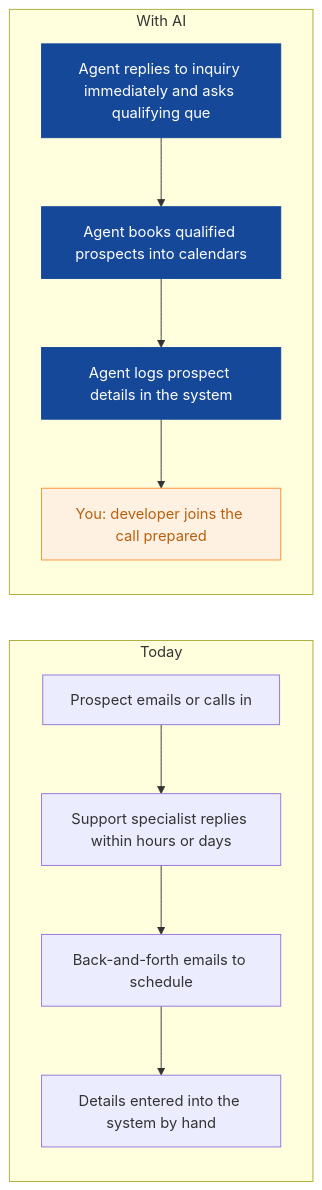
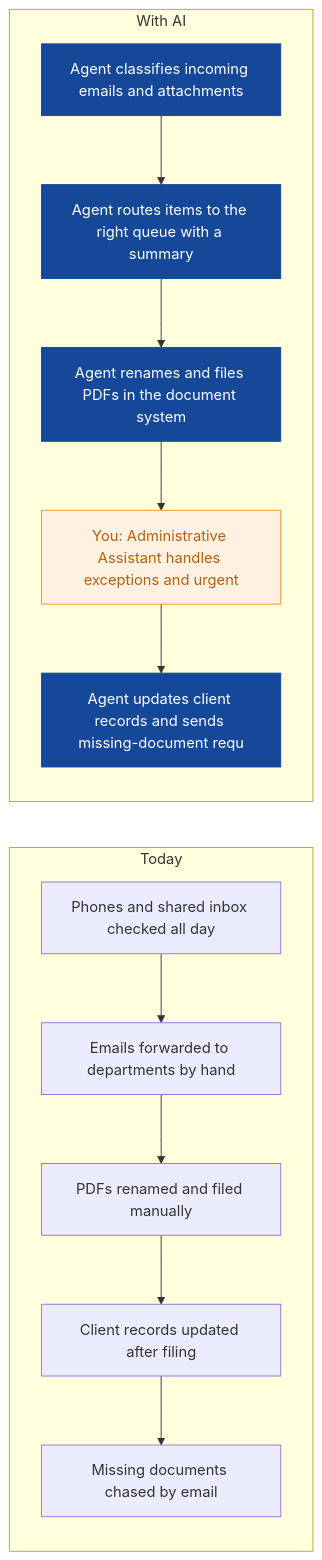
Before and after one commit to nexibeo/Complete-AI-Strategy: the seventh of 9 diagrams in strategies/clearpath-insurance-brokers.md, drawn with Mermaid. The commit also changed other lines of this file and 26 other files, not shown here.

````diff
--- a/strategies/clearpath-insurance-brokers.md
+++ b/strategies/clearpath-insurance-brokers.md
@@ -214,21 +227,23 @@
 ```mermaid
 flowchart LR
   subgraph Today
-    B0["Prospect emails or calls in"]
-    B1["Support specialist replies within hours or days"]
-    B2["Back-and-forth emails to schedule"]
-    B3["Details entered into the system by hand"]
-    B0 --> B1 --> B2 --> B3
+    B0["Phones and shared inbox checked all day"]
+    B1["Emails forwarded to departments by hand"]
+    B2["PDFs renamed and filed manually"]
+    B3["Client records updated after filing"]
+    B4["Missing documents chased by email"]
+    B0 --> B1 --> B2 --> B3 --> B4
   end
   subgraph WithAI[With AI]
-    A0["Agent replies to inquiry immediately and asks qualifying que"]
-    A1["Agent books qualified prospects into calendars"]
-    A2["Agent logs prospect details in the system"]
-    A3["You: developer joins the call prepared"]
-    A0 --> A1 --> A2 --> A3
+    A0["Agent classifies incoming emails and attachments"]
+    A1["Agent routes items to the right queue with a summary"]
+    A2["Agent renames and files PDFs in the document system"]
+    A3["You: Administrative Assistant handles exceptions and urgent "]
+    A4["Agent updates client records and sends missing-document requ"]
+    A0 --> A1 --> A2 --> A3 --> A4
   end
   classDef ai fill:#154899,color:#fff,stroke:#154899
   classDef human fill:#FFF1E2,color:#B8600F,stroke:#F98F2C
-  class A0,A1,A2 ai
+  class A0,A1,A2,A4 ai
   class A3 human
 ```
````
